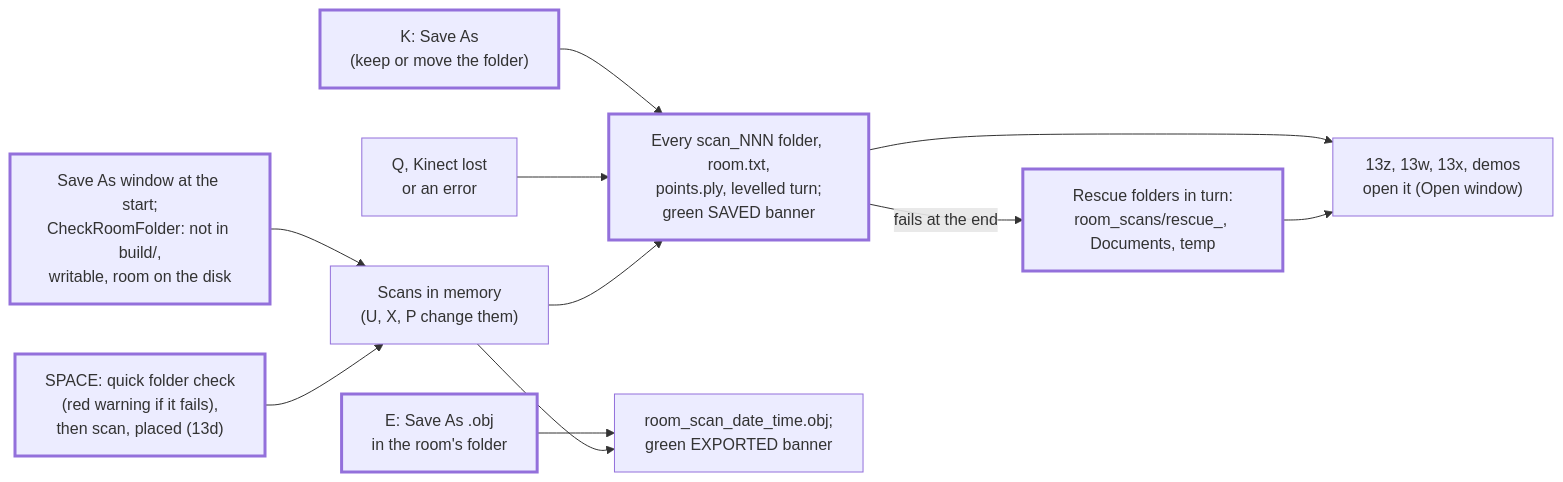
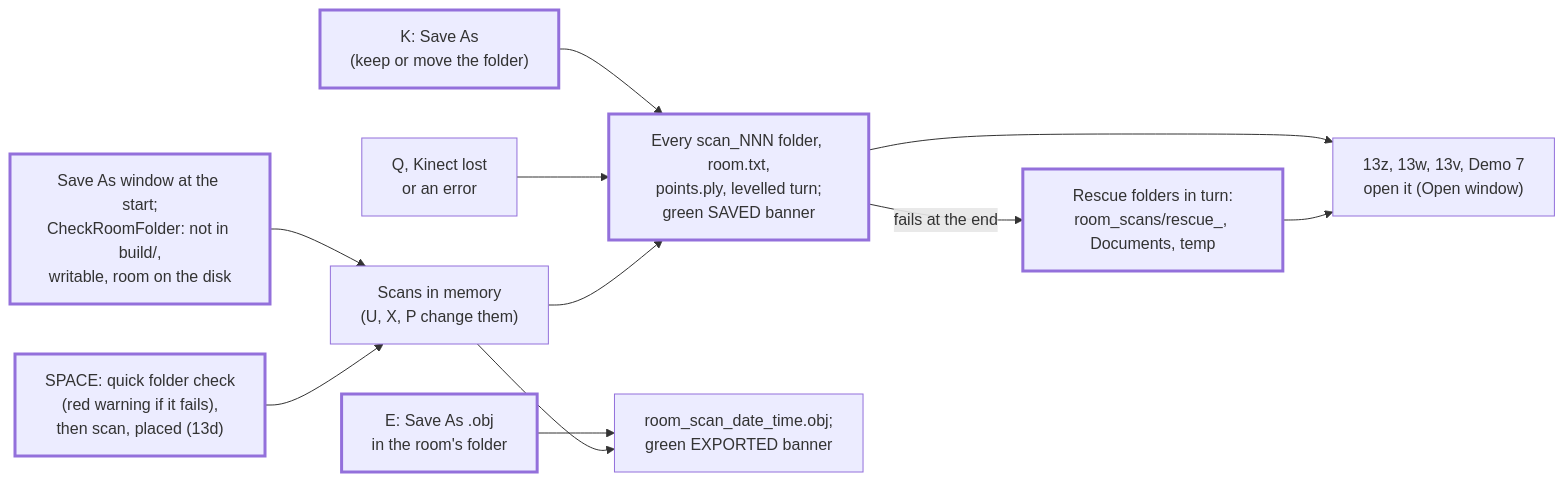
One commit to Kramav/Spotter changed diagram 28 of 32 in exercises/cpp/EXAMPLES.md. Above: the diagram before and after it, drawn with Mermaid. The commit also changed other lines of this file and 30 other files, not shown here.

````diff
--- a/exercises/cpp/EXAMPLES.md
+++ b/exercises/cpp/EXAMPLES.md
@@ -650,16 +650,16 @@
 ```mermaid
 flowchart LR
     ASK["Save As window at the start;<br/>CheckRoomFolder: not in build/,<br/>writable, room on the disk"] --> MEM
     SP["SPACE: quick folder check<br/>(red warning if it fails),<br/>then scan, placed (13d)"] --> MEM["Scans in memory<br/>(U, X, P change them)"]
     K["K: Save As<br/>(keep or move the folder)"] --> SAVE
     KQ["Q, Kinect lost<br/>or an error"] --> SAVE["Every scan_NNN folder, room.txt,<br/>points.ply, levelled turn;<br/>green SAVED banner"]
     MEM --> SAVE
     SAVE -- "fails at the end" --> RES["Rescue folders in turn:<br/>room_scans/rescue_, Documents, temp"]
     E["E: Save As .obj<br/>in the room's folder"] --> OBJ["room_scan_date_time.obj;<br/>green EXPORTED banner"]
     MEM --> OBJ
-    SAVE --> Z["13z, 13w, 13x, demos<br/>open it (Open window)"]
+    SAVE --> Z["13z, 13w, 13v, Demo 7<br/>open it (Open window)"]
     RES --> Z
 
     classDef new stroke-width:3px
     class ASK,SP,K,SAVE,RES,E new
 ```
````
